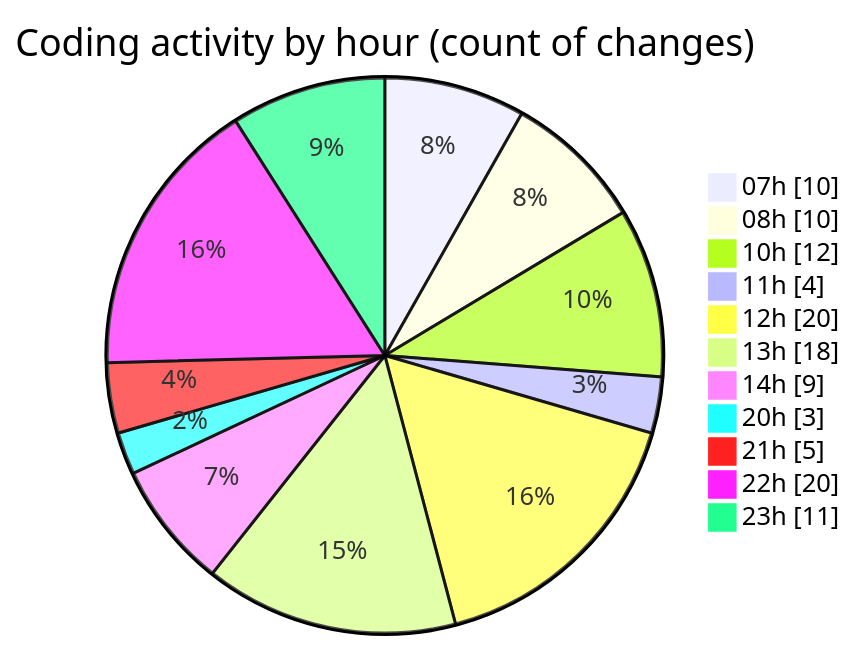
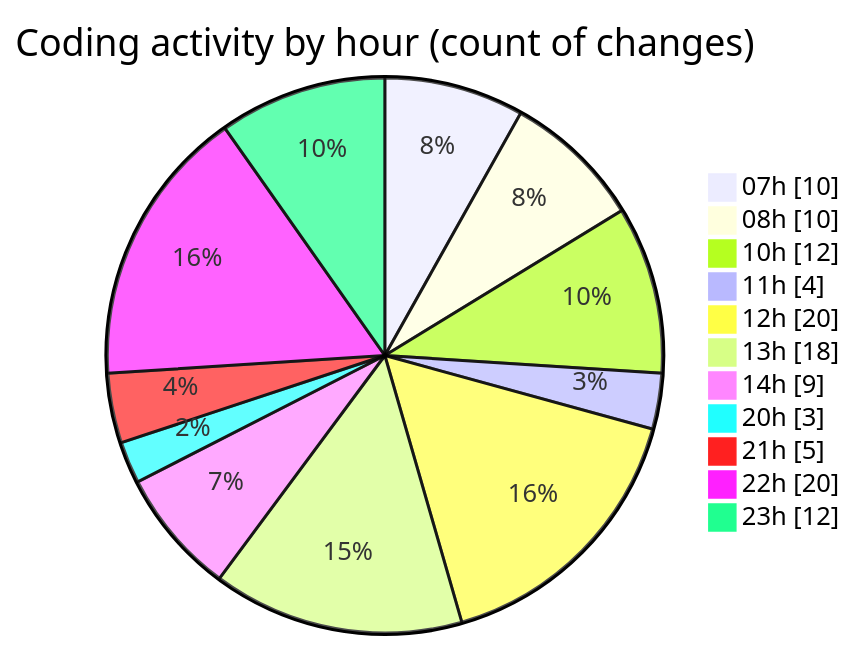
One commit to tmsrecording-cyber/code-tracking changed the second of 2 diagrams in 2026-02-08/singularitybrainai/README.md. Above: the diagram before and after it, drawn with Mermaid. The commit also changed other lines of this file and 1 other file, not shown here.

````diff
--- a/2026-02-08/singularitybrainai/README.md
+++ b/2026-02-08/singularitybrainai/README.md
@@ -49,15 +49,15 @@
 ```mermaid
 pie showData
 title Coding activity by hour (count of changes)
 "07h" : 10
 "08h" : 10
 "10h" : 12
 "11h" : 4
 "12h" : 20
 "13h" : 18
 "14h" : 9
 "20h" : 3
 "21h" : 5
 "22h" : 20
-"23h" : 11
+"23h" : 12
 ```
````
